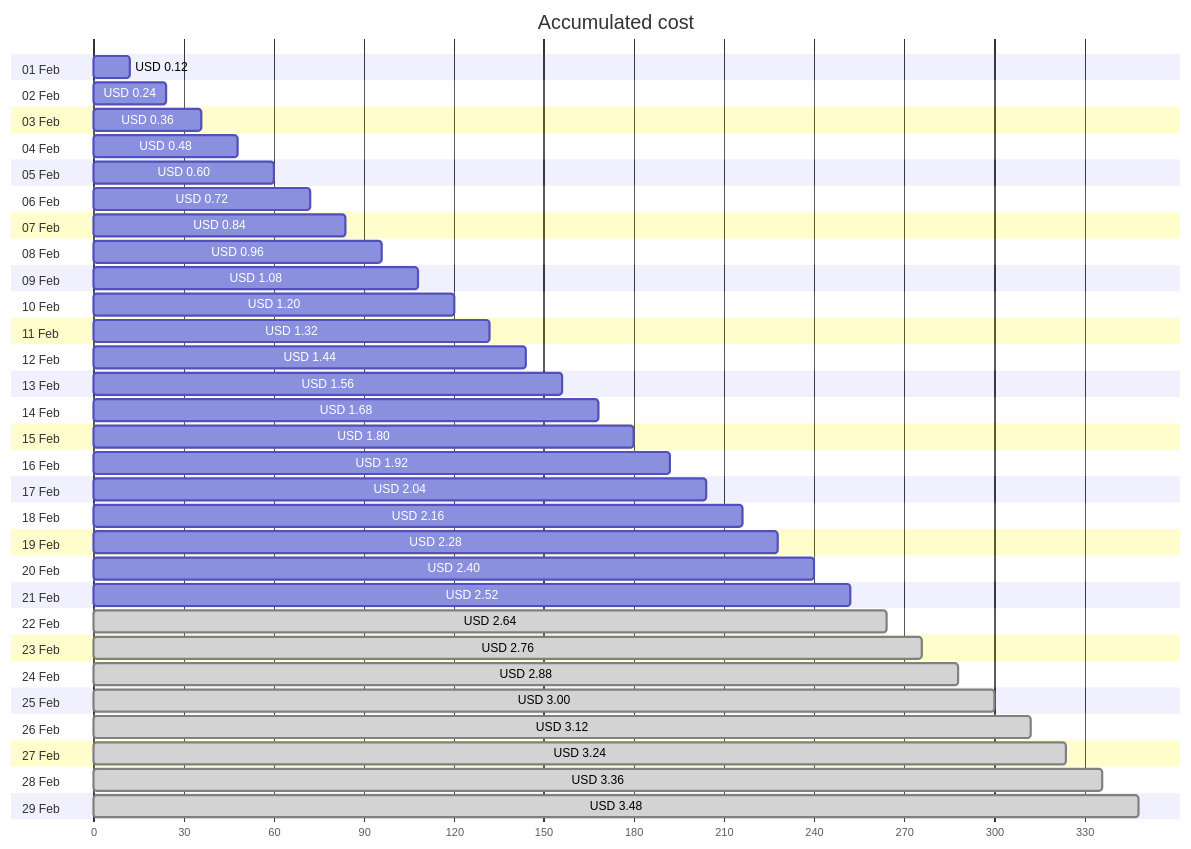
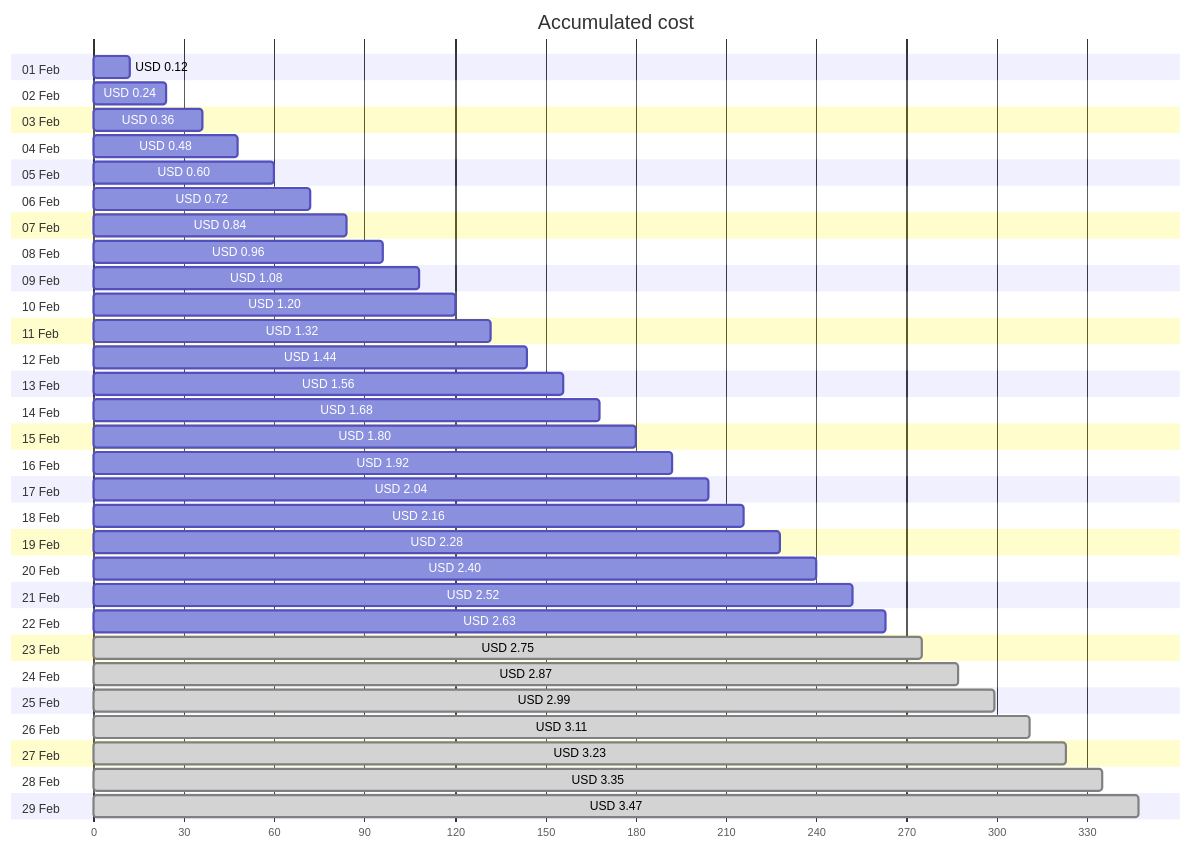
Before and after one commit to jpfulton/azure-personal-reports: the first of 4 diagrams in cost-reports/personal-network/backup-server-public-ip.md, drawn with Mermaid. The commit also changed other lines of this file and 8 other files, not shown here.

````diff
--- a/cost-reports/personal-network/backup-server-public-ip.md
+++ b/cost-reports/personal-network/backup-server-public-ip.md
@@ -20,64 +20,64 @@
 ```mermaid
 gantt
    title Accumulated cost
    dateFormat  X
    axisFormat %s
    section 01 Feb
    USD 0.12 :0, 12
    section 02 Feb
    USD 0.24 :0, 24
    section 03 Feb
    USD 0.36 :0, 36
    section 04 Feb
    USD 0.48 :0, 48
    section 05 Feb
    USD 0.60 :0, 60
    section 06 Feb
    USD 0.72 :0, 72
    section 07 Feb
    USD 0.84 :0, 84
    section 08 Feb
    USD 0.96 :0, 96
    section 09 Feb
    USD 1.08 :0, 108
    section 10 Feb
    USD 1.20 :0, 120
    section 11 Feb
    USD 1.32 :0, 132
    section 12 Feb
    USD 1.44 :0, 144
    section 13 Feb
    USD 1.56 :0, 156
    section 14 Feb
    USD 1.68 :0, 168
    section 15 Feb
    USD 1.80 :0, 180
    section 16 Feb
    USD 1.92 :0, 192
    section 17 Feb
    USD 2.04 :0, 204
    section 18 Feb
    USD 2.16 :0, 216
    section 19 Feb
    USD 2.28 :0, 228
    section 20 Feb
    USD 2.40 :0, 240
    section 21 Feb
    USD 2.52 :0, 252
    section 22 Feb
-   USD 2.64 : done, 0, 264
+   USD 2.63 :0, 263
    section 23 Feb
-   USD 2.76 : done, 0, 276
+   USD 2.75 : done, 0, 275
    section 24 Feb
-   USD 2.88 : done, 0, 288
+   USD 2.87 : done, 0, 287
    section 25 Feb
-   USD 3.00 : done, 0, 300
+   USD 2.99 : done, 0, 299
    section 26 Feb
-   USD 3.12 : done, 0, 312
+   USD 3.11 : done, 0, 311
    section 27 Feb
-   USD 3.24 : done, 0, 324
+   USD 3.23 : done, 0, 323
    section 28 Feb
-   USD 3.36 : done, 0, 336
+   USD 3.35 : done, 0, 335
    section 29 Feb
-   USD 3.48 : done, 0, 348
+   USD 3.47 : done, 0, 347
 ```
````
